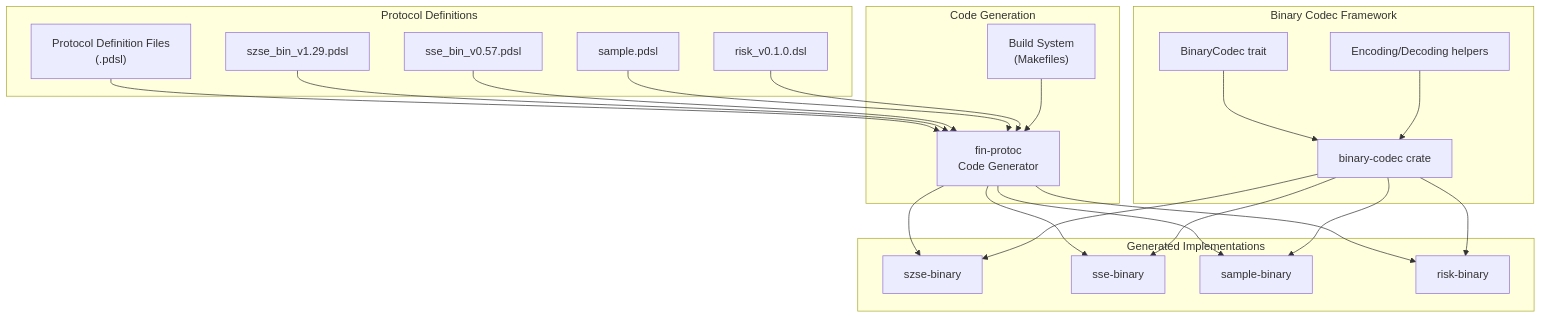
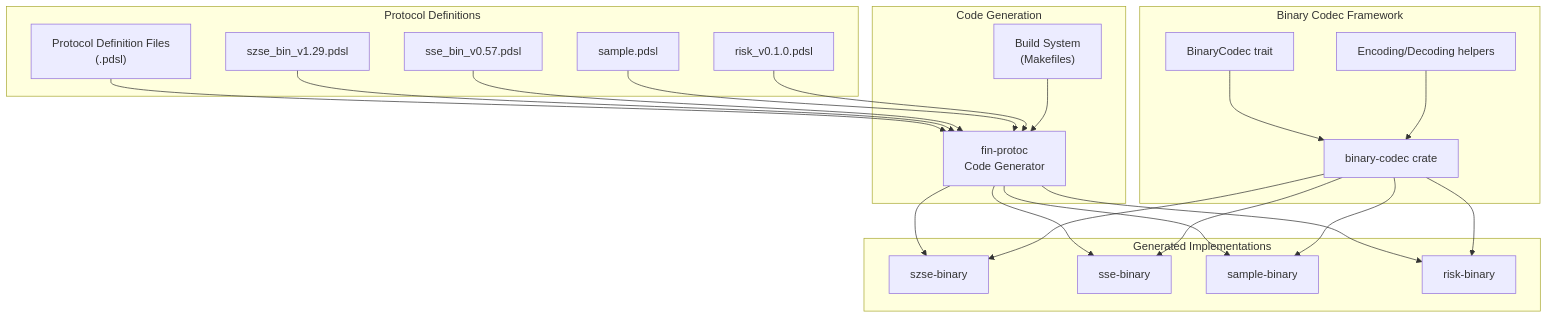
One commit to xinchentechnote/fin-proto-rs changed the first of 3 diagrams in readme.md. Above: the diagram before and after it, drawn with Mermaid. The commit also changed other lines of this file and 9 other files, not shown here.

````diff
--- a/readme.md
+++ b/readme.md
@@ -11,49 +11,49 @@
 ```mermaid
 graph TB
     subgraph "Protocol Definitions"
         PDSL["Protocol Definition Files<br/>(.pdsl)"]
         SZSE_PROTO["szse_bin_v1.29.pdsl"]
         SSE_PROTO["sse_bin_v0.57.pdsl"]
         SAMPLE_PROTO["sample.pdsl"]
-        RISK_PROTO["risk_v0.1.0.dsl"]
+        RISK_PROTO["risk_v0.1.0.pdsl"]
     end
 
     subgraph "Code Generation"
         FIN_PROTOC["fin-protoc<br/>Code Generator"]
         MAKEFILES["Build System<br/>(Makefiles)"]
     end
 
     subgraph "Binary Codec Framework"
         BINARY_CODEC["binary-codec crate"]
         TRAITS["BinaryCodec trait"]
         HELPERS["Encoding/Decoding helpers"]
     end
 
     subgraph "Generated Implementations"
         SZSE_IMPL["szse-binary"]
         SSE_IMPL["sse-binary"]
         SAMPLE_IMPL["sample-binary"]
         RISK_IMPL["risk-binary"]
     end
 
     PDSL --> FIN_PROTOC
     SZSE_PROTO --> FIN_PROTOC
     SSE_PROTO --> FIN_PROTOC
     SAMPLE_PROTO --> FIN_PROTOC
     RISK_PROTO --> FIN_PROTOC
 
     FIN_PROTOC --> SZSE_IMPL
     FIN_PROTOC --> SSE_IMPL
     FIN_PROTOC --> SAMPLE_IMPL
     FIN_PROTOC --> RISK_IMPL
 
     MAKEFILES --> FIN_PROTOC
 
     BINARY_CODEC --> SZSE_IMPL
     BINARY_CODEC --> SSE_IMPL
     BINARY_CODEC --> SAMPLE_IMPL
     BINARY_CODEC --> RISK_IMPL
 
     TRAITS --> BINARY_CODEC
     HELPERS --> BINARY_CODEC
 ```
````
